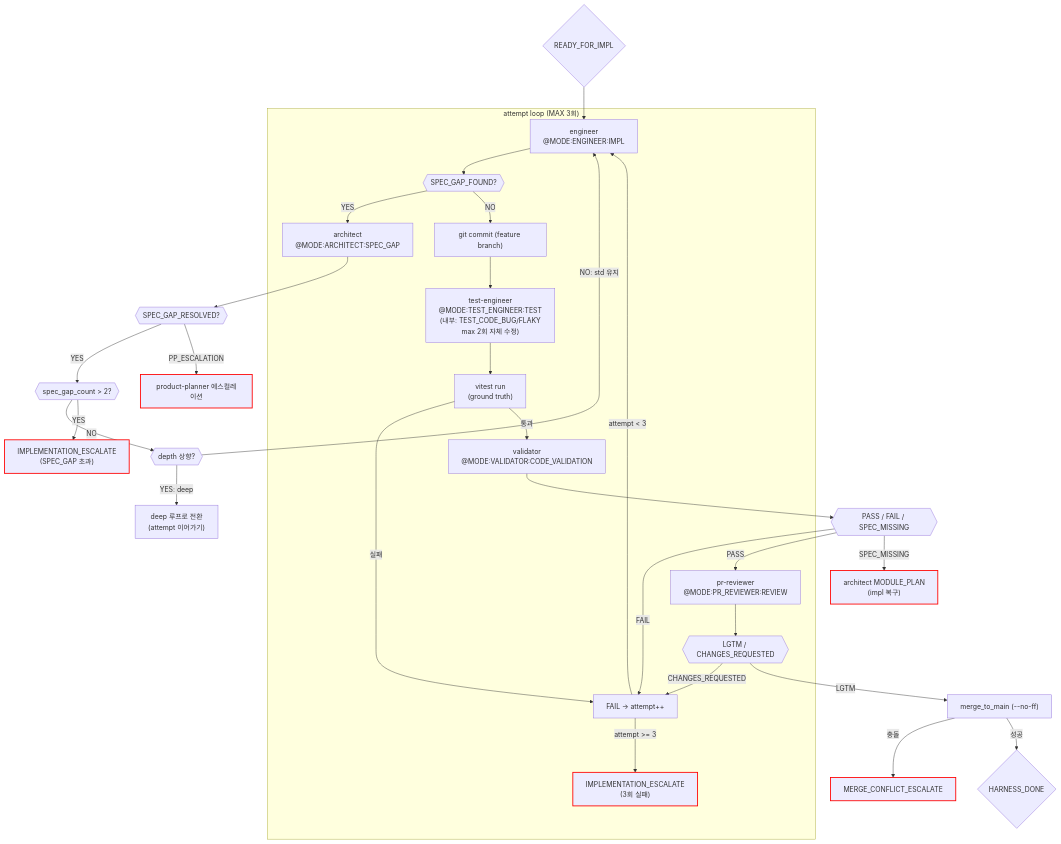
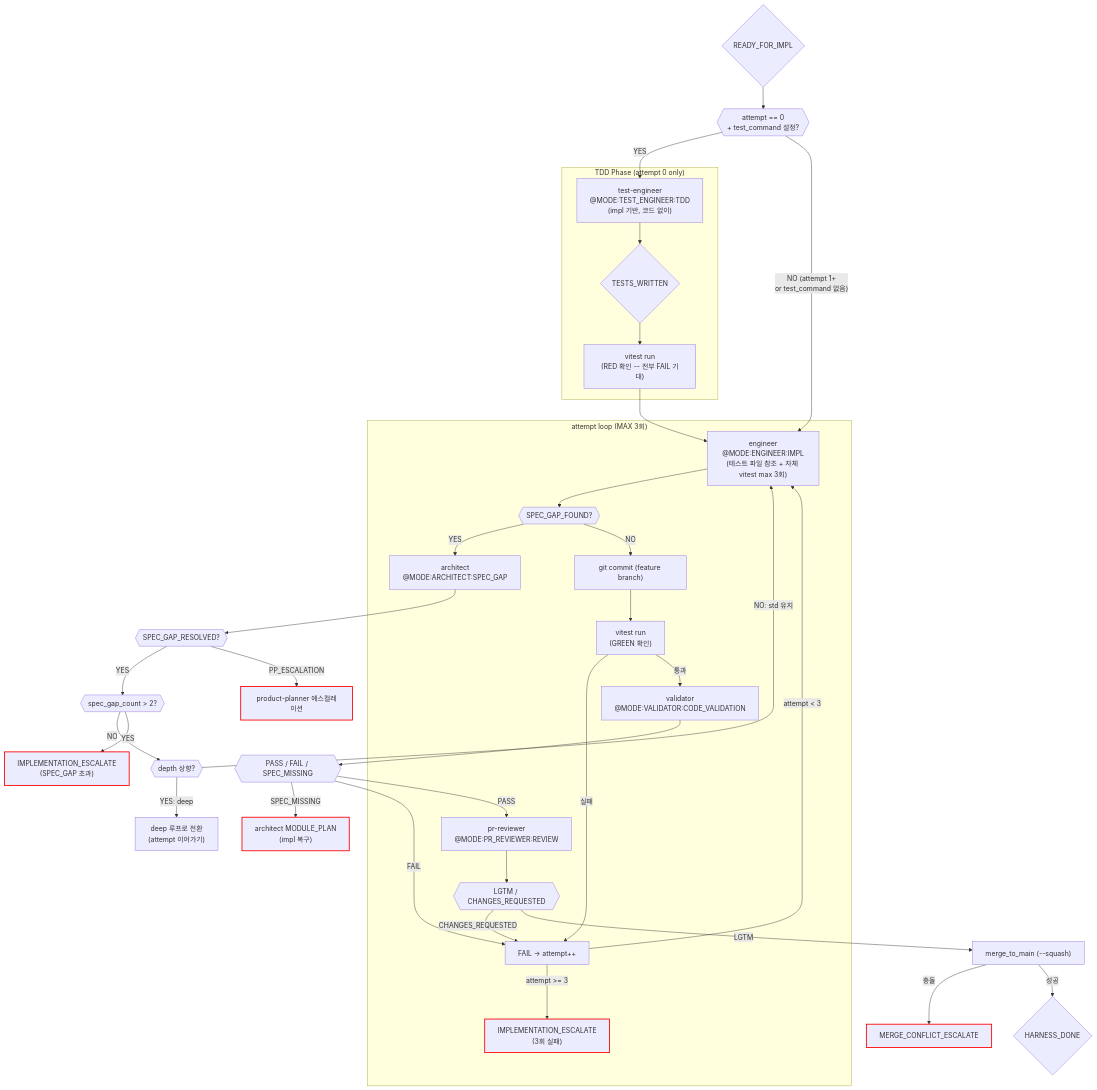
The diagram in orchestration/impl_std.md (alruminum/ClaudeCodeAgentPrompt), drawn with Mermaid before and after one commit. The commit also changed other lines of this file and 16 other files, not shown here.

First line of the commit message:
feat(harness): TDD 게이트 Phase 1+2 — test-engineer 선행 + engineer 자체 vitest

````diff
--- a/orchestration/impl_std.md
+++ b/orchestration/impl_std.md
@@ -19,56 +20,67 @@
 ```mermaid
 flowchart TD
     RFI{"READY_FOR_IMPL"}
 
+    ATT_CHECK{{"attempt == 0\n+ test_command 설정?"}}
+
+    subgraph TDD_PHASE["TDD Phase (attempt 0 only)"]
+        TE_TDD["test-engineer\n@MODE:TEST_ENGINEER:TDD\n(impl 기반, 코드 없이)"]
+        TW{"TESTS_WRITTEN"}
+        RED["vitest run\n(RED 확인 -- 전부 FAIL 기대)"]
+    end
+
     subgraph ATTEMPT_LOOP["attempt loop (MAX 3회)"]
-        ENG["engineer\n@MODE:ENGINEER:IMPL"]
+        ENG["engineer\n@MODE:ENGINEER:IMPL\n(테스트 파일 참조 + 자체 vitest max 3회)"]
         SPEC_CHK{{"SPEC_GAP_FOUND?"}}
         ARC_SG["architect\n@MODE:ARCHITECT:SPEC_GAP"]
-        COMMIT_EARLY["git commit (feature branch)"]
-
-        TE["test-engineer\n@MODE:TEST_ENGINEER:TEST\n(내부: TEST_CODE_BUG/FLAKY\nmax 2회 자체 수정)"]
-
-        VITEST["vitest run\n(ground truth)"]
+        COMMIT["git commit (feature branch)"]
+        GREEN["vitest run\n(GREEN 확인)"]
         VAL_CV["validator\n@MODE:VALIDATOR:CODE_VALIDATION"]
         PR_REV["pr-reviewer\n@MODE:PR_REVIEWER:REVIEW"]
         PR_RESULT{{"LGTM / CHANGES_REQUESTED"}}
-        FAIL_ROUTE["FAIL → attempt++"]
+        FAIL_ROUTE["FAIL -> attempt++"]
         IMPL_ESC["IMPLEMENTATION_ESCALATE\n(3회 실패)"]:::escalation
     end
 
-    MERGE["merge_to_main (--no-ff)"]
+    MERGE["merge_to_main (--squash)"]
     MCE["MERGE_CONFLICT_ESCALATE"]:::escalation
     HD{"HARNESS_DONE"}
 
-    RFI --> ENG
+    RFI --> ATT_CHECK
+    ATT_CHECK -->|"YES"| TE_TDD
+    ATT_CHECK -->|"NO (attempt 1+\nor test_command 없음)"| ENG
+
+    TE_TDD --> TW
+    TW --> RED
+    RED --> ENG
+
     ENG --> SPEC_CHK
     SPEC_CHK -->|YES| ARC_SG
     ARC_SG --> SG_RESULT{{"SPEC_GAP_RESOLVED?"}}
     SG_RESULT -->|YES| SG_LIMIT{{"spec_gap_count > 2?"}}
     SG_LIMIT -->|NO| DEPTH_CHK{{"depth 상향?"}}
     DEPTH_CHK -->|"YES: deep"| DEPTH_SWITCH["deep 루프로 전환\n(attempt 이어가기)"]
     DEPTH_CHK -->|"NO: std 유지"| ENG
     SG_LIMIT -->|YES| IMPL_ESC_SG["IMPLEMENTATION_ESCALATE\n(SPEC_GAP 초과)"]:::escalation
     SG_RESULT -->|PP_ESCALATION| PP_ESC["product-planner 에스컬레이션"]:::escalation
 
-    SPEC_CHK -->|NO| COMMIT_EARLY
-    COMMIT_EARLY --> TE
-    TE --> VITEST
-    VITEST -->|실패| FAIL_ROUTE
-    VITEST -->|통과| VAL_CV
+    SPEC_CHK -->|NO| COMMIT
+    COMMIT --> GREEN
+    GREEN -->|실패| FAIL_ROUTE
+    GREEN -->|통과| VAL_CV
     VAL_CV --> VAL_RESULT{{"PASS / FAIL / SPEC_MISSING"}}
     VAL_RESULT -->|FAIL| FAIL_ROUTE
     VAL_RESULT -->|SPEC_MISSING| SM_RECOVER["architect MODULE_PLAN\n(impl 복구)"]:::escalation
     VAL_RESULT -->|PASS| PR_REV
     PR_REV --> PR_RESULT
     PR_RESULT -->|CHANGES_REQUESTED| FAIL_ROUTE
     PR_RESULT -->|LGTM| MERGE
 
     FAIL_ROUTE -->|"attempt < 3"| ENG
     FAIL_ROUTE -->|"attempt >= 3"| IMPL_ESC
 
     MERGE -->|충돌| MCE
     MERGE -->|성공| HD
 
     classDef escalation stroke:#f00,stroke-width:2px
 ```
````
